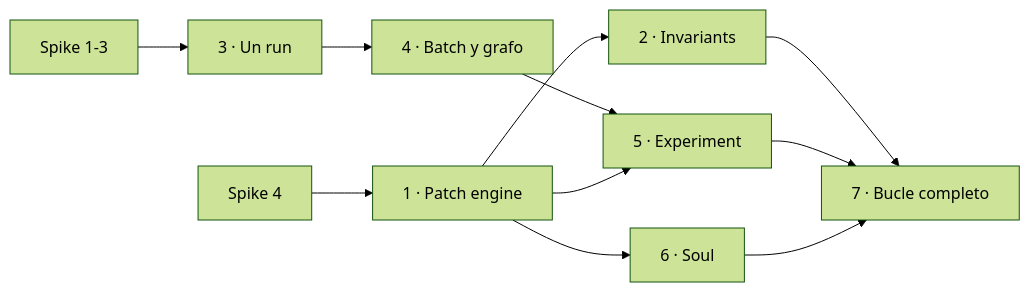
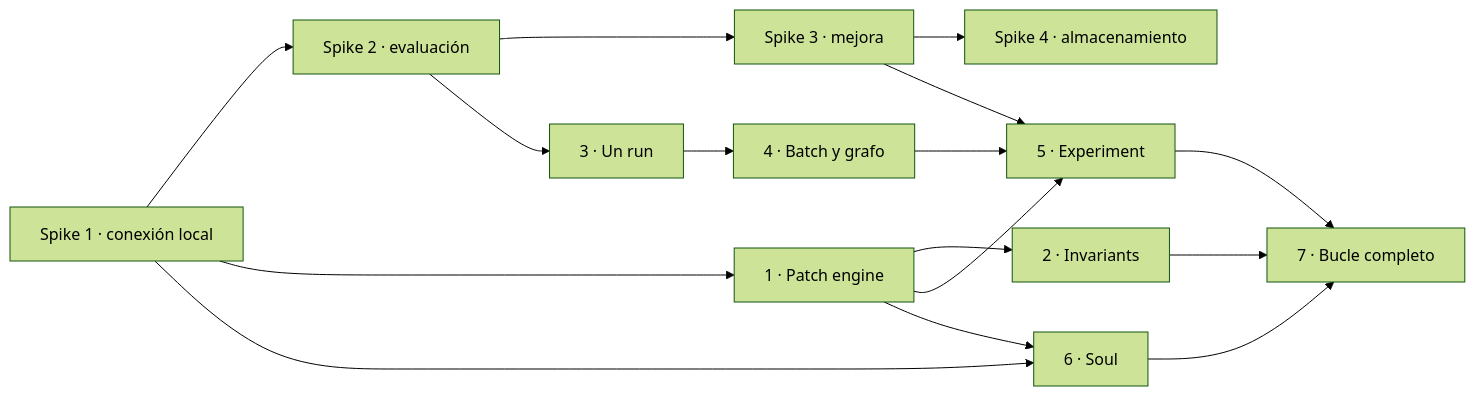
One commit to platanus-hack/platanus-hack-26-cl-team-36 changed the diagram in .spikes/2026-11-21-plan-bucle-de-optimizacion.md. Above: the diagram before and after it, drawn with Mermaid (forest theme). The commit also changed other lines of this file, not shown here.

Commit message:
docs(spikes): ordena los spikes desde la conexión local

````diff
--- a/.spikes/2026-11-21-plan-bucle-de-optimizacion.md
+++ b/.spikes/2026-11-21-plan-bucle-de-optimizacion.md
@@ -80,10 +126,13 @@
 ```mermaid
 graph LR
-  S1["Spike 1-3"] --> P3["3 · Un run"] --> P4["4 · Batch y grafo"] --> P5["5 · Experiment"]
-  S4["Spike 4"] --> P1["1 · Patch engine"] --> P2["2 · Invariants"]
+  S1["Spike 1 · conexión local"] --> S2["Spike 2 · evaluación"] --> S3["Spike 3 · mejora"] --> S4["Spike 4 · almacenamiento"]
+  S1 --> P1["1 · Patch engine"] --> P2["2 · Invariants"]
+  S1 --> P6
+  S2 --> P3["3 · Un run"] --> P4["4 · Batch y grafo"] --> P5["5 · Experiment"]
+  S3 --> P5
   P1 --> P5
   P1 --> P6["6 · Soul"]
   P2 --> P7["7 · Bucle completo"]
   P5 --> P7
   P6 --> P7
 ```
````
